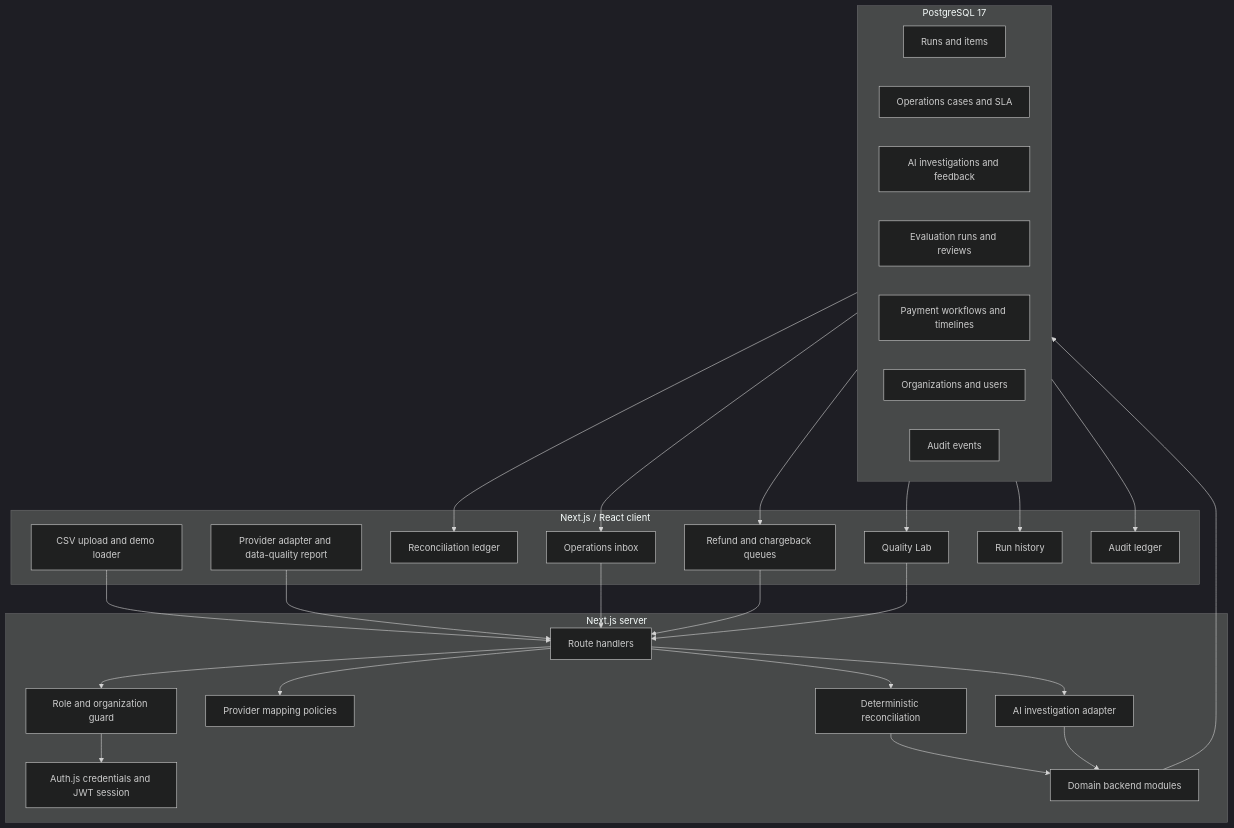
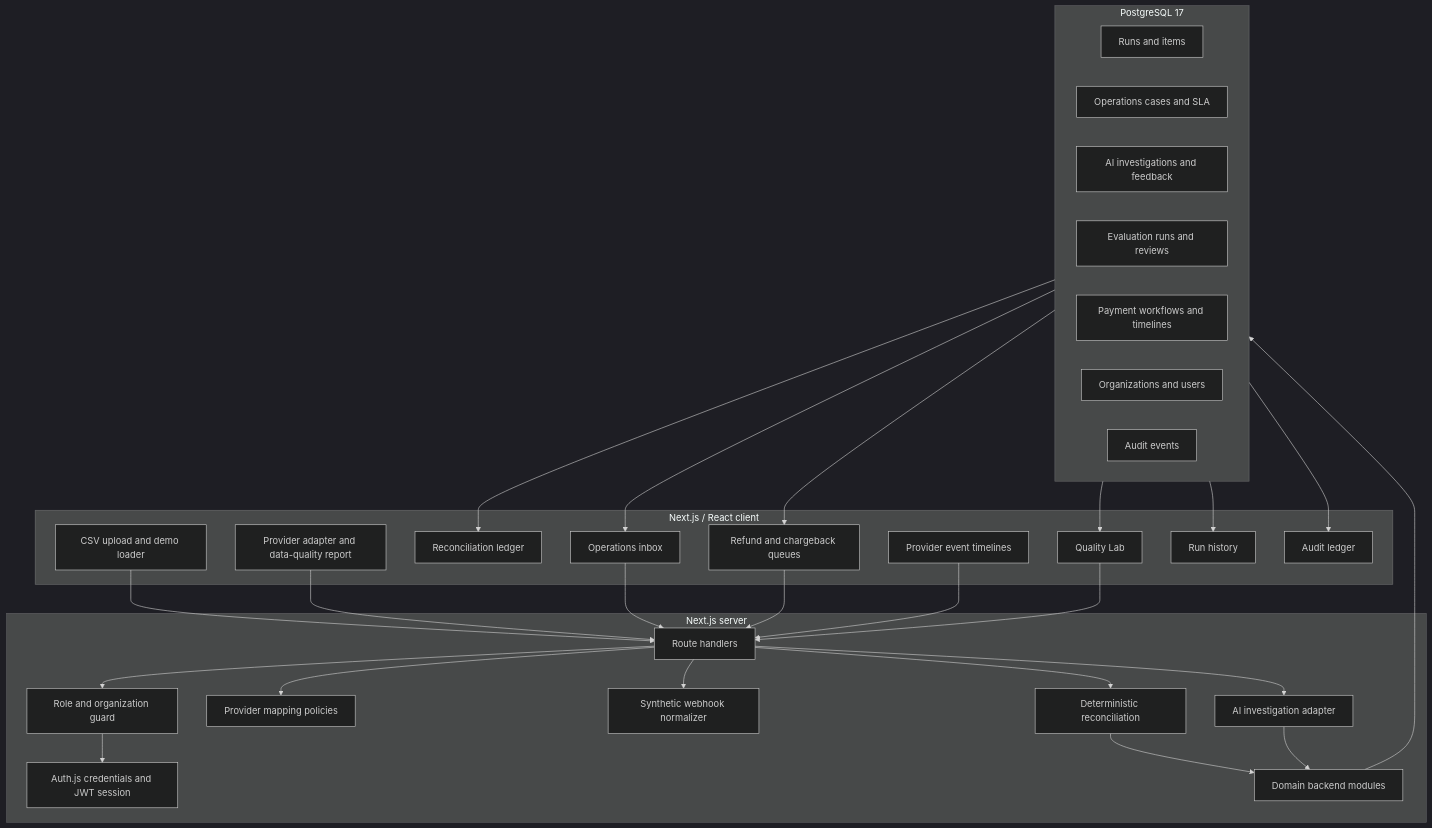
Before and after one commit to himanisharrma/payops-copilot: the diagram in docs/portfolio/ARCHITECTURE.md, drawn with Mermaid (dark theme). The commit also changed other lines of this file and 15 other files, not shown here.

Commit message:
Add synthetic provider event timelines

````diff
--- a/docs/portfolio/ARCHITECTURE.md
+++ b/docs/portfolio/ARCHITECTURE.md
@@ -8,53 +8,57 @@
 ```mermaid
 flowchart TB
     subgraph Client["Next.js / React client"]
       Upload[CSV upload and demo loader]
       ProviderUI[Provider adapter and data-quality report]
       Ledger[Reconciliation ledger]
       Ops[Operations inbox]
       Lifecycles[Refund and chargeback queues]
+      ProviderEvents[Provider event timelines]
       Quality[Quality Lab]
       History[Run history]
       AuditUI[Audit ledger]
     end
 
     subgraph Server["Next.js server"]
       Auth[Auth.js credentials and JWT session]
       Routes[Route handlers]
       Engine[Deterministic reconciliation]
       ProviderPolicy[Provider mapping policies]
+      WebhookPolicy[Synthetic webhook normalizer]
       Investigator[AI investigation adapter]
       Access[Role and organization guard]
       Modules[Domain backend modules]
     end
 
     subgraph Data["PostgreSQL 17"]
       Runs[Runs and items]
       Cases[Operations cases and SLA]
       AI[AI investigations and feedback]
       Evals[Evaluation runs and reviews]
       Workflows[Payment workflows and timelines]
       Identity[Organizations and users]
       Events[Audit events]
     end
 
     Upload --> Routes
     ProviderUI --> Routes
     Routes --> Access
     Access --> Auth
     Routes --> Engine
     Routes --> ProviderPolicy
+    Routes --> WebhookPolicy
     Engine --> Modules
     Ops --> Routes
     Lifecycles --> Routes
+    ProviderEvents --> Routes
     Quality --> Routes
     Routes --> Investigator
     Investigator --> Modules
     Modules --> Data
     Data --> Ledger
     Data --> Ops
     Data --> Lifecycles
     Data --> Quality
     Data --> History
     Data --> AuditUI
 ```
````
